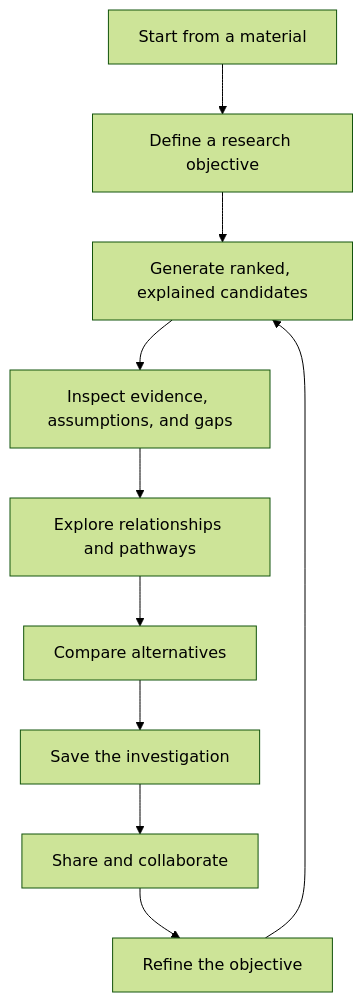
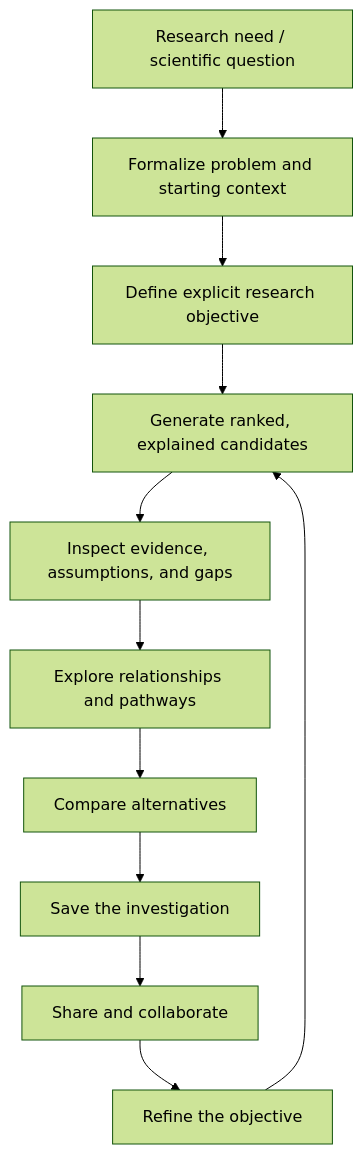
Before and after one commit to MaterialGraph/materialgraph: the first of 2 diagrams in README.md, drawn with Mermaid (forest theme). The commit also changed other lines of this file and 8 other files, not shown here.

Commit message:
Define domain-extensible MaterialGraph architecture

````diff
--- a/README.md
+++ b/README.md
@@ -47,12 +47,13 @@
 ```mermaid
 flowchart TD
-    A["Start from a material"] --> B["Define a research objective"]
-    B --> C["Generate ranked, explained candidates"]
-    C --> D["Inspect evidence, assumptions, and gaps"]
-    D --> E["Explore relationships and pathways"]
-    E --> F["Compare alternatives"]
-    F --> G["Save the investigation"]
-    G --> H["Share and collaborate"]
-    H --> I["Refine the objective"]
-    I --> C
+    A["Research need / scientific question"] --> B["Formalize problem and starting context"]
+    B --> C["Define explicit research objective"]
+    C --> D["Generate ranked, explained candidates"]
+    D --> E["Inspect evidence, assumptions, and gaps"]
+    E --> F["Explore relationships and pathways"]
+    F --> G["Compare alternatives"]
+    G --> H["Save the investigation"]
+    H --> I["Share and collaborate"]
+    I --> J["Refine the objective"]
+    J --> D
 ```
````
